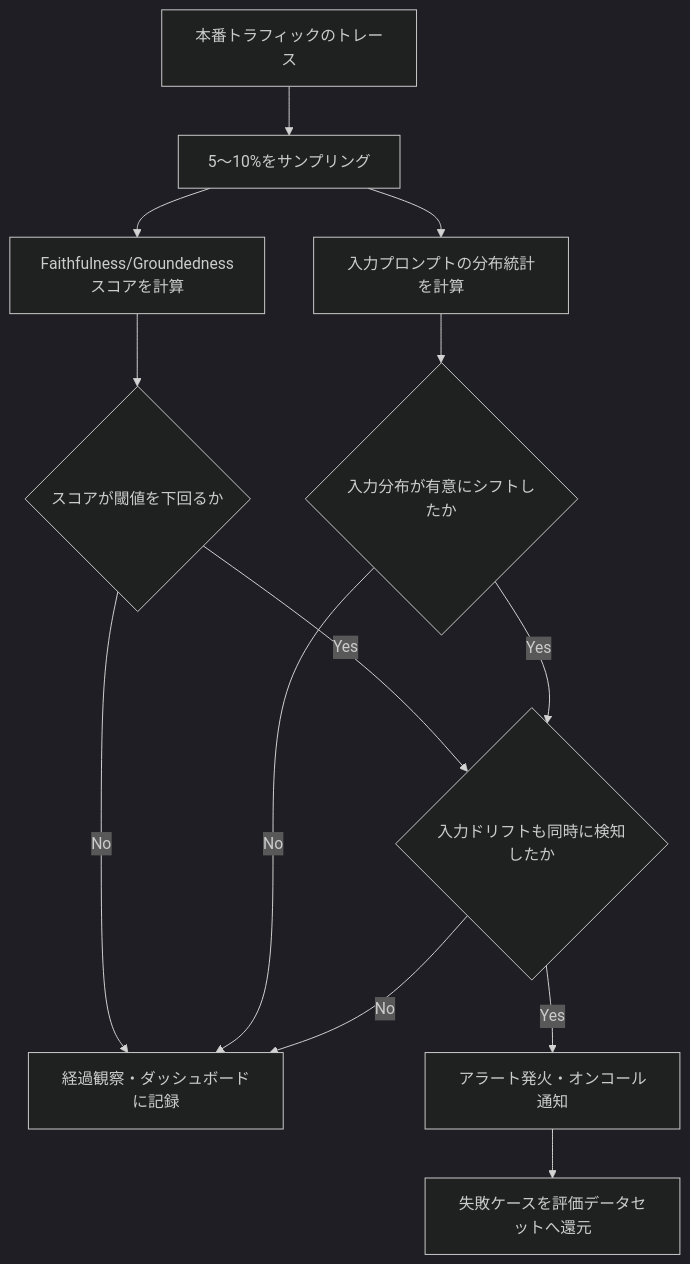
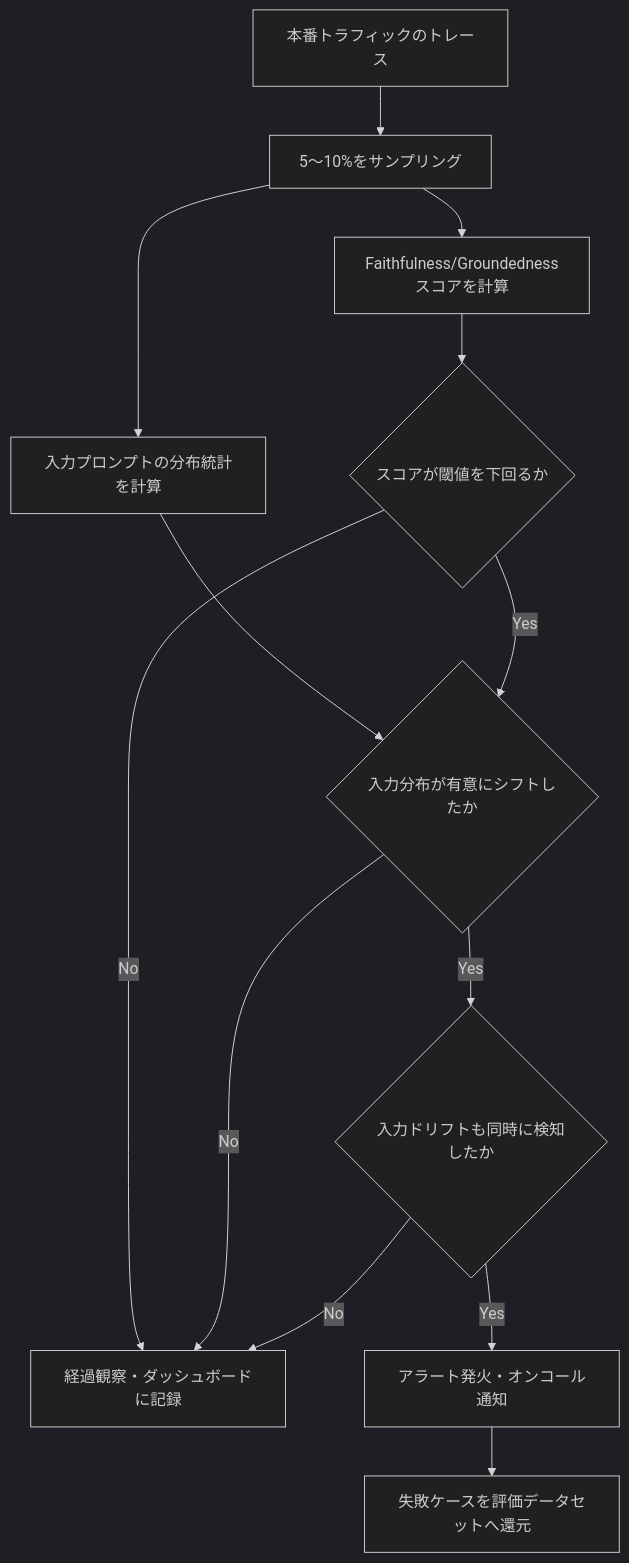
The ninth of 10 diagrams in archive/md/LLM-OPs/Llm-evaluation-observability-best-practices.md (myoshi2891/Comparison-of-LLMs), drawn with Mermaid (dark theme) before and after one commit. The commit also changed 8 other files, not shown here.

````diff
--- a/archive/md/LLM-OPs/Llm-evaluation-observability-best-practices.md
+++ b/archive/md/LLM-OPs/Llm-evaluation-observability-best-practices.md
@@ -481,15 +481,15 @@
 ```mermaid
 flowchart TD
-    A["本番トラフィックのトレース"] --> B["5〜10%をサンプリング"]
-    B --> C["Faithfulness/Groundednessスコアを計算"]
-    B --> D["入力プロンプトの分布統計を計算"]
-    C --> E{"スコアが閾値を下回るか"}
-    D --> F{"入力分布が有意にシフトしたか"}
-    E -- "Yes" --> G{"入力ドリフトも同時に検知したか"}
-    E -- "No" --> I["経過観察・ダッシュボードに記録"]
-    F -- "Yes" --> G
-    F -- "No" --> I
-    G -- "Yes" --> H["アラート発火・オンコール通知"]
-    G -- "No" --> I
-    H --> J["失敗ケースを評価データセットへ還元"]
+A["本番トラフィックのトレース"] --> B["5〜10%をサンプリング"]
+B --> C["Faithfulness/Groundednessスコアを計算"]
+B --> D["入力プロンプトの分布統計を計算"]
+C --> E{"スコアが閾値を下回るか"}
+D --> F{"入力分布が有意にシフトしたか"}
+E -- "Yes" --> F
+E -- "No" --> I["経過観察・ダッシュボードに記録"]
+F -- "Yes" --> G{"入力ドリフトも同時に検知したか"}
+F -- "No" --> I
+G -- "Yes" --> H["アラート発火・オンコール通知"]
+G -- "No" --> I
+H --> J["失敗ケースを評価データセットへ還元"]
 ```
````
